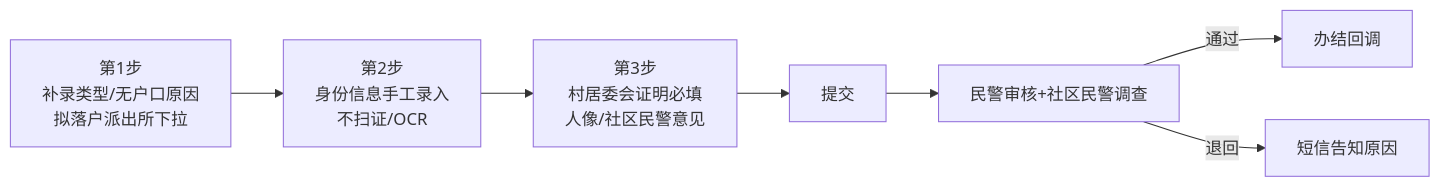
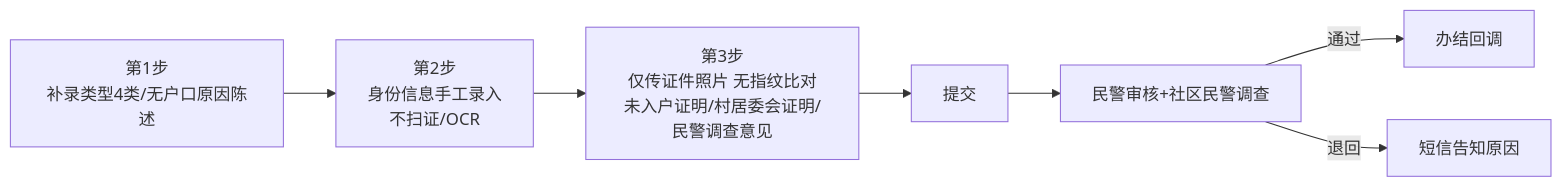
The seventh of 9 diagrams in 户政业务功能说明.md (ikid-zhang/linzhi-miniprogram-prototype), drawn with Mermaid before and after one commit. The commit also changed other lines of this file and 3 other files, not shown here.

````diff
--- a/户政业务功能说明.md
+++ b/户政业务功能说明.md
@@ -409,8 +440,8 @@
 ```mermaid
 flowchart LR
-    T1[第1步<br/>补录类型/无户口原因<br/>拟落户派出所下拉] --> T2[第2步<br/>身份信息手工录入<br/>不扫证/OCR]
-    T2 --> T3[第3步<br/>村居委会证明必填<br/>人像/社区民警意见]
+    T1[第1步<br/>补录类型4类/无户口原因陈述] --> T2[第2步<br/>身份信息手工录入<br/>不扫证/OCR]
+    T2 --> T3[第3步<br/>仅传证件照片 无指纹比对<br/>未入户证明/村居委会证明/民警调查意见]
     T3 --> SUB[提交] --> AUD[民警审核+社区民警调查]
     AUD -->|通过| DONE[办结回调]
     AUD -->|退回| R[短信告知原因]
 ```
````
